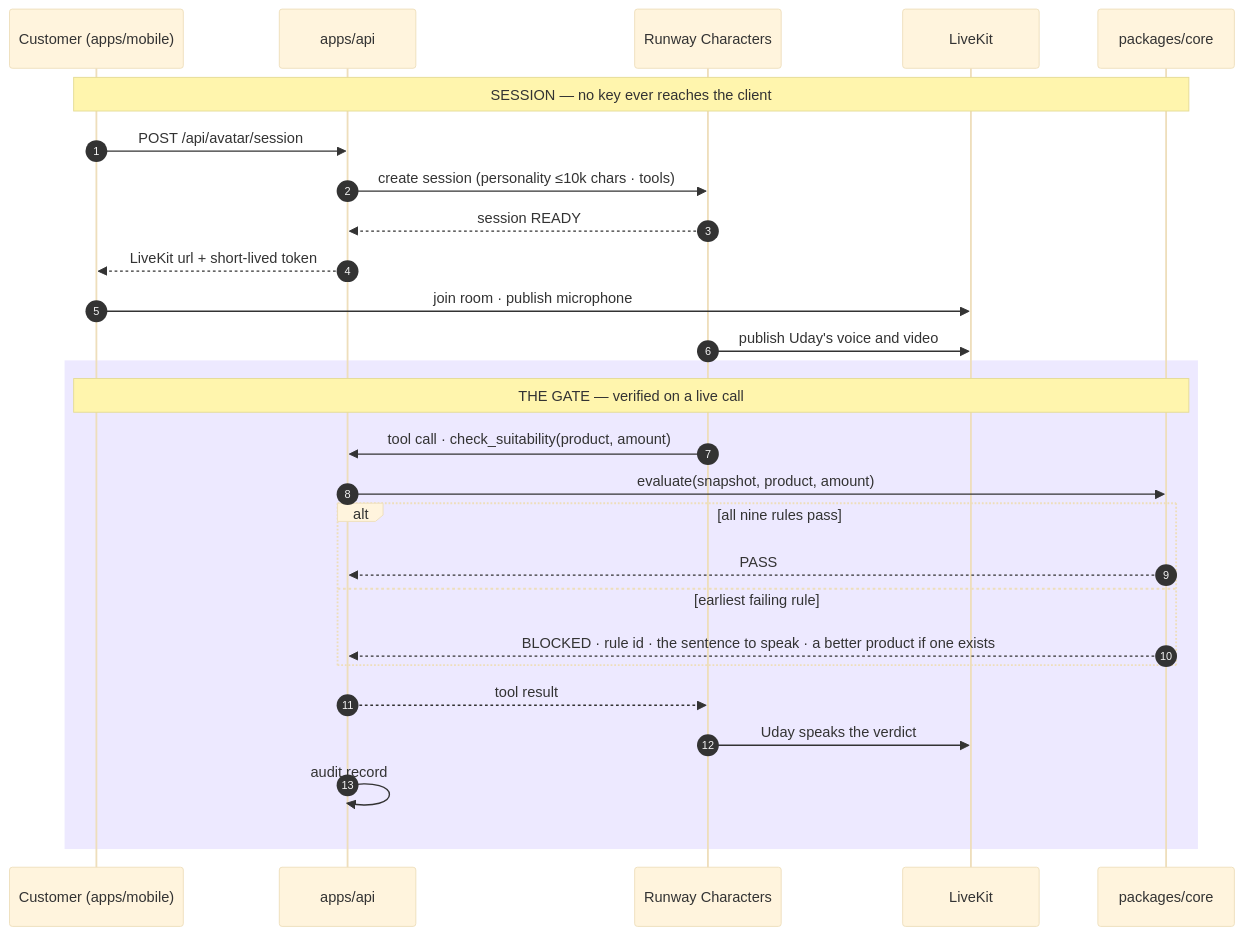
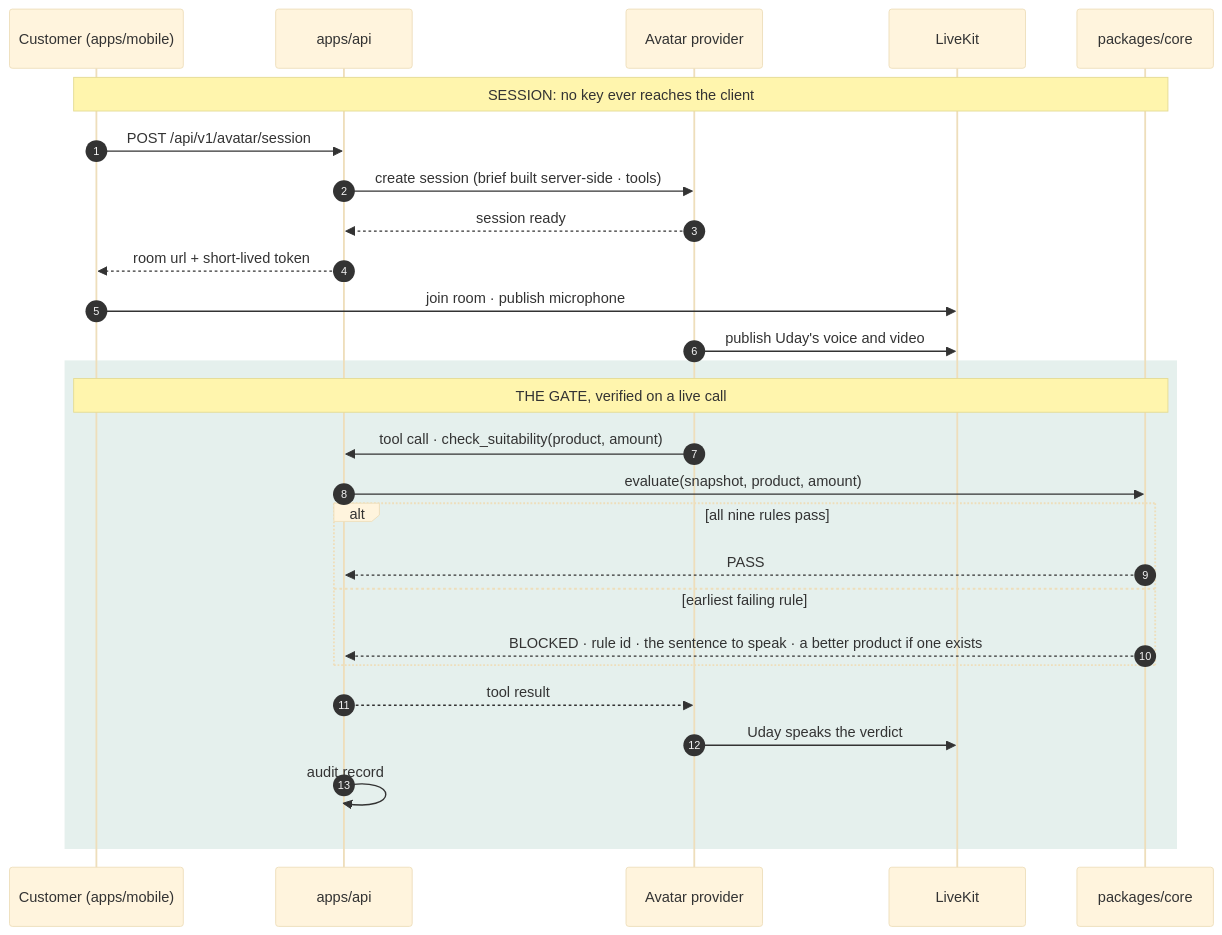
Before and after one commit to dhan-sarthi/dhan-sarthi: the third of 4 diagrams in README.md, drawn with Mermaid (base theme). The commit also changed other lines of this file and 18 other files, not shown here.

````diff
--- a/README.md
+++ b/README.md
@@ -95,31 +217,31 @@
 ```mermaid
 sequenceDiagram
     autonumber
     participant C as Customer (apps/mobile)
     participant A as apps/api
-    participant R as Runway Characters
+    participant R as Avatar provider
     participant L as LiveKit
     participant K as packages/core
 
-    Note over C,K: SESSION — no key ever reaches the client
-    C->>A: POST /api/avatar/session
-    A->>R: create session (personality ≤10k chars · tools)
-    R-->>A: session READY
-    A-->>C: LiveKit url + short-lived token
+    Note over C,K: SESSION: no key ever reaches the client
+    C->>A: POST /api/v1/avatar/session
+    A->>R: create session (brief built server-side · tools)
+    R-->>A: session ready
+    A-->>C: room url + short-lived token
     C->>L: join room · publish microphone
     R->>L: publish Uday's voice and video
 
-    rect rgba(111, 76, 255, 0.12)
-    Note over C,K: THE GATE — verified on a live call
+    rect rgba(1, 106, 77, 0.10)
+    Note over C,K: THE GATE, verified on a live call
     R->>A: tool call · check_suitability(product, amount)
     A->>K: evaluate(snapshot, product, amount)
     alt all nine rules pass
         K-->>A: PASS
     else earliest failing rule
         K-->>A: BLOCKED · rule id · the sentence to speak · a better product if one exists
     end
     A-->>R: tool result
     R->>L: Uday speaks the verdict
     A->>A: audit record
     end
 ```
````
